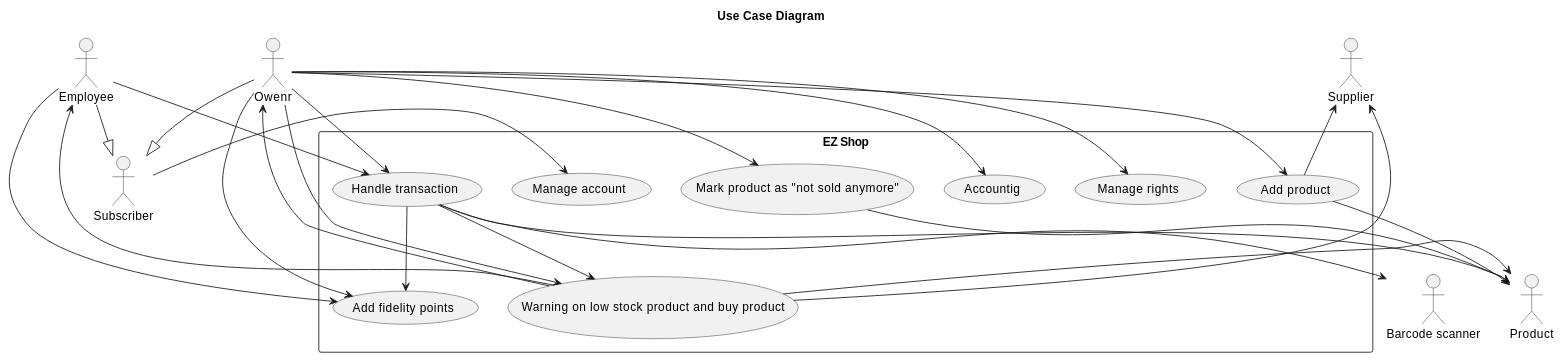
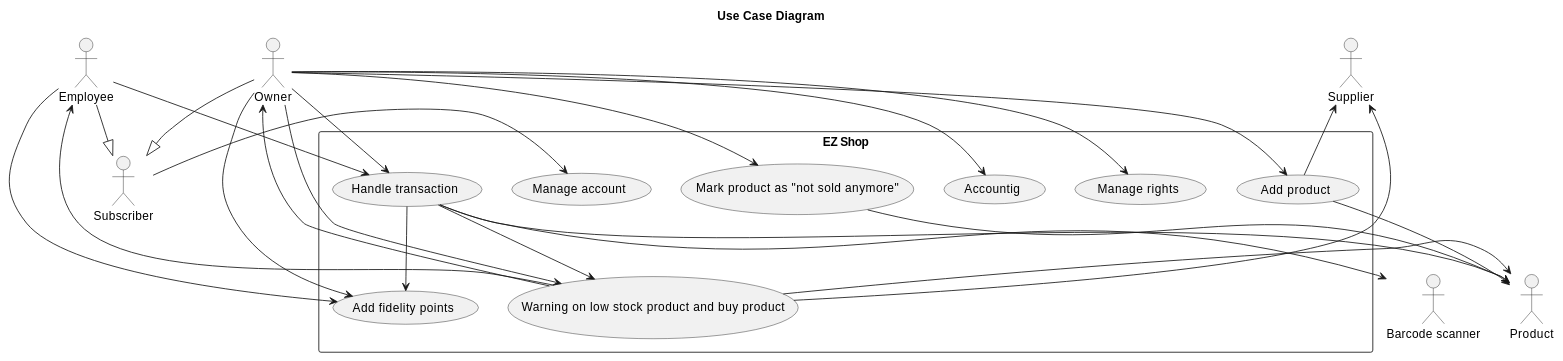
One commit to nicolabattaglino/ezshop changed the second of 6 diagrams in Deliverables/RequirementsDocument.md. Above: the diagram before and after it, drawn with PlantUML.

````diff
--- a/Deliverables/RequirementsDocument.md
+++ b/Deliverables/RequirementsDocument.md
@@ -198,47 +198,47 @@
 ```plantuml
 @startuml
 
 title Use Case Diagram
 rectangle "EZ Shop" as EZShop{
 "Warning on low stock product and buy product" as (warning)
 "Handle transaction" as (handleTransaction)
 "Mark product as "not sold anymore"" as (notSold)
 "Add fidelity points" as (addPoints)
 "Manage account" as (manageAccount)
 "Accountig" as (accounting)
 "Add product" as (addProduct)
 "Manage rights" as (manageRights)
 }
 
-"Owenr" as owner
+"Owner" as owner
 "Employee" as employee
 "Subscriber" as subscriber
 "Supplier" as supplier
 "Product" as product
 "Barcode scanner" as bcScanner
 
 (handleTransaction) -->(addPoints)
 (handleTransaction)->product
 (handleTransaction) --> bcScanner
 owner<---(warning)
 employee<---(warning)
 supplier<---(warning)
 (warning)->product
 (notSold)->product
 (addProduct) ->product
 supplier<--(addProduct) 
 owner-->(handleTransaction)
 owner-->(addProduct)
 owner-->(notSold)
 owner-->(addPoints)
 owner-->(manageRights)
 owner-->(accounting)
 owner-->(warning)
 owner--|> subscriber
 employee --|>subscriber
 subscriber -->(manageAccount)
 employee-->(handleTransaction)
 employee-->(addPoints)
 (handleTransaction) --> (warning)
 @enduml
 ```
````
